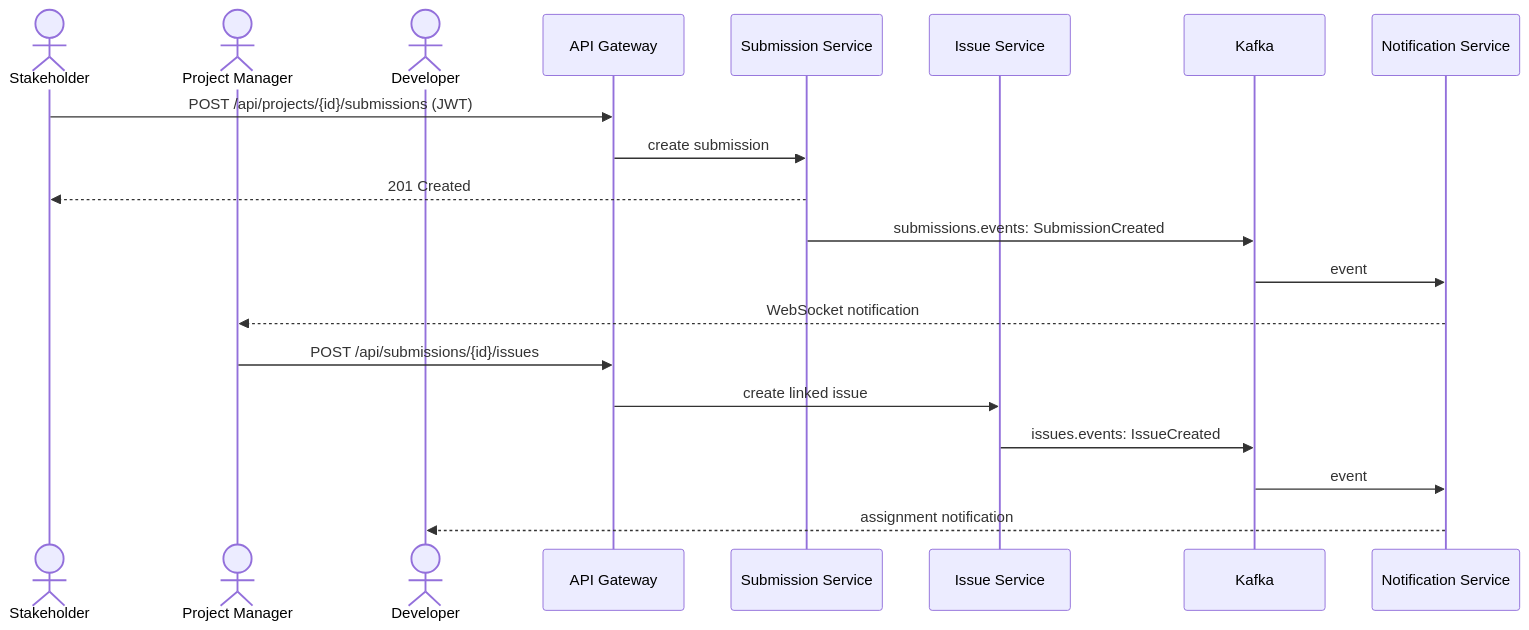
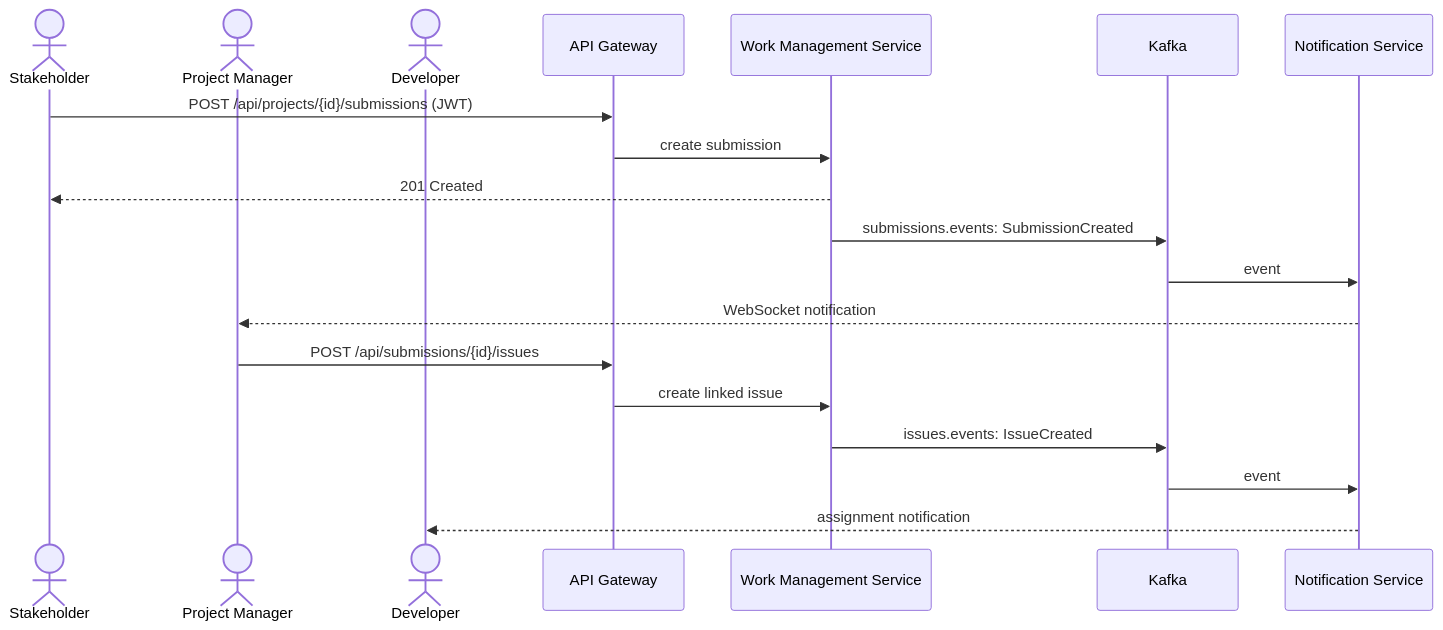
One commit to MARKUCI14/teamFlow changed the first of 3 diagrams in docs/architecture/uml-diagrams.md. Above: the diagram before and after it, drawn with Mermaid. The commit also changed other lines of this file and 36 other files, not shown here.

````diff
--- a/docs/architecture/uml-diagrams.md
+++ b/docs/architecture/uml-diagrams.md
@@ -5,22 +5,21 @@
 ```mermaid
 sequenceDiagram
   actor S as Stakeholder
   actor PM as Project Manager
   actor D as Developer
   participant G as API Gateway
-  participant SUB as Submission Service
-  participant ISS as Issue Service
+  participant WM as Work Management Service
   participant K as Kafka
   participant N as Notification Service
   S->>G: POST /api/projects/{id}/submissions (JWT)
-  G->>SUB: create submission
-  SUB-->>S: 201 Created
-  SUB->>K: submissions.events: SubmissionCreated
+  G->>WM: create submission
+  WM-->>S: 201 Created
+  WM->>K: submissions.events: SubmissionCreated
   K->>N: event
   N-->>PM: WebSocket notification
   PM->>G: POST /api/submissions/{id}/issues
-  G->>ISS: create linked issue
-  ISS->>K: issues.events: IssueCreated
+  G->>WM: create linked issue
+  WM->>K: issues.events: IssueCreated
   K->>N: event
   N-->>D: assignment notification
 ```
````
